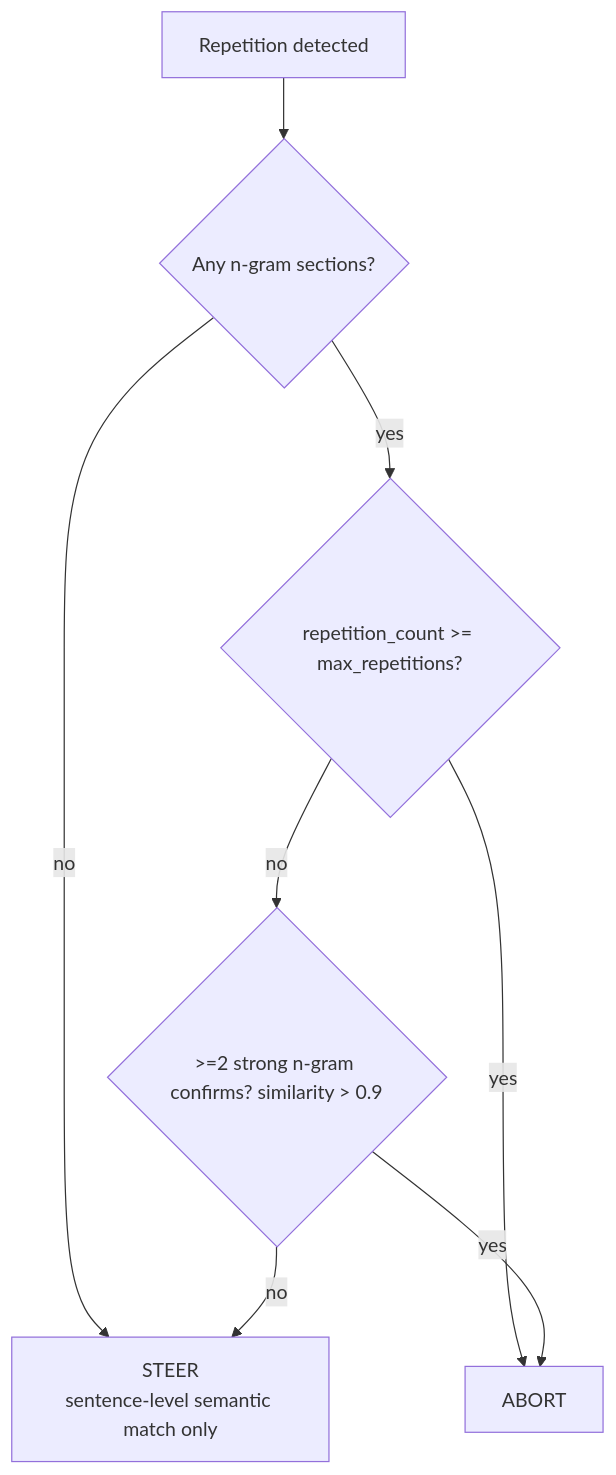
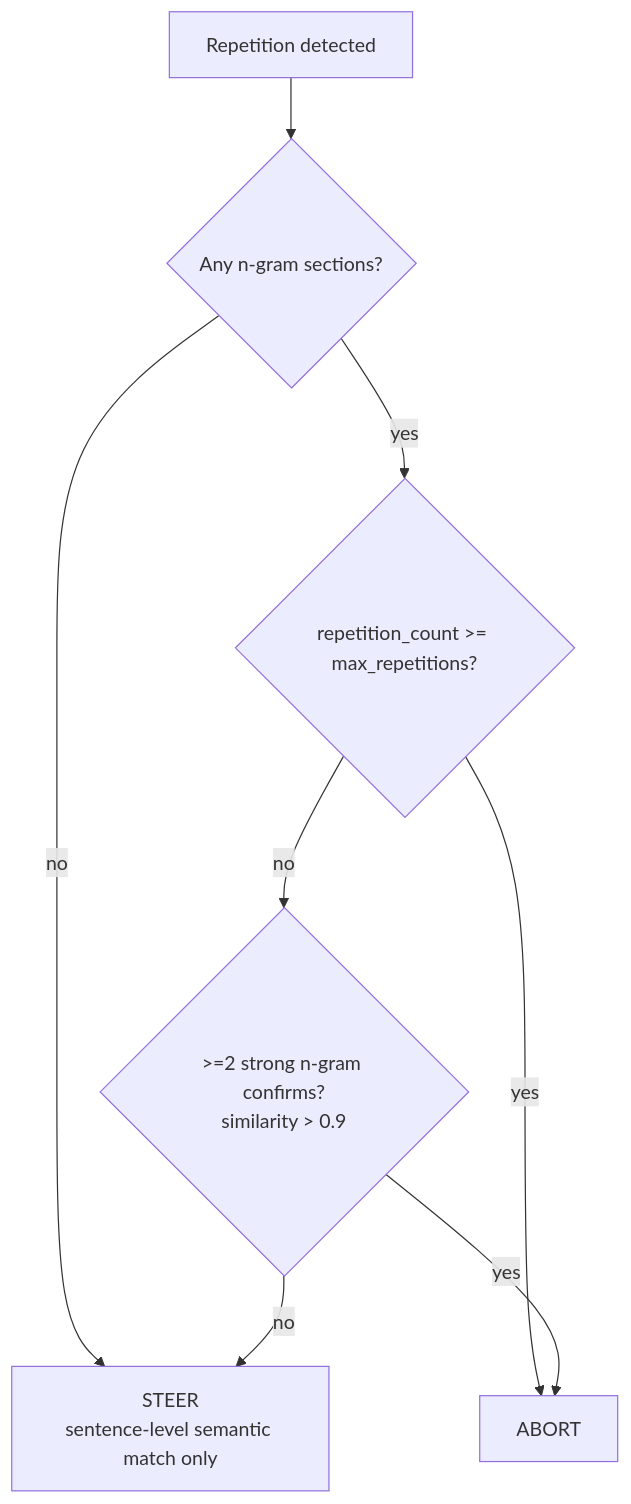
One commit to entropy-tamer/dedup changed the second of 4 diagrams in ARCHITECTURE.md. Above: the diagram before and after it, drawn with Mermaid. The commit also changed other lines of this file and 2 other files, not shown here.

Commit message:
docs: rewrite README/ARCHITECTURE for current design; add INTEGRATION guide

````diff
--- a/ARCHITECTURE.md
+++ b/ARCHITECTURE.md
@@ -96,11 +98,10 @@
 ```mermaid
 flowchart TD
     A[Repetition detected] --> B{Any n-gram sections?}
     B -- no --> C[STEER<br/>sentence-level semantic match only]
     B -- yes --> D{repetition_count >= max_repetitions?}
     D -- yes --> E[ABORT]
-    D -- no --> F{>=2 strong n-gram confirms? similarity > 0.9}
+    D -- no --> F{>=2 strong n-gram confirms?<br/>similarity > 0.9}
     F -- yes --> E
     F -- no --> C
-
 ```
````
